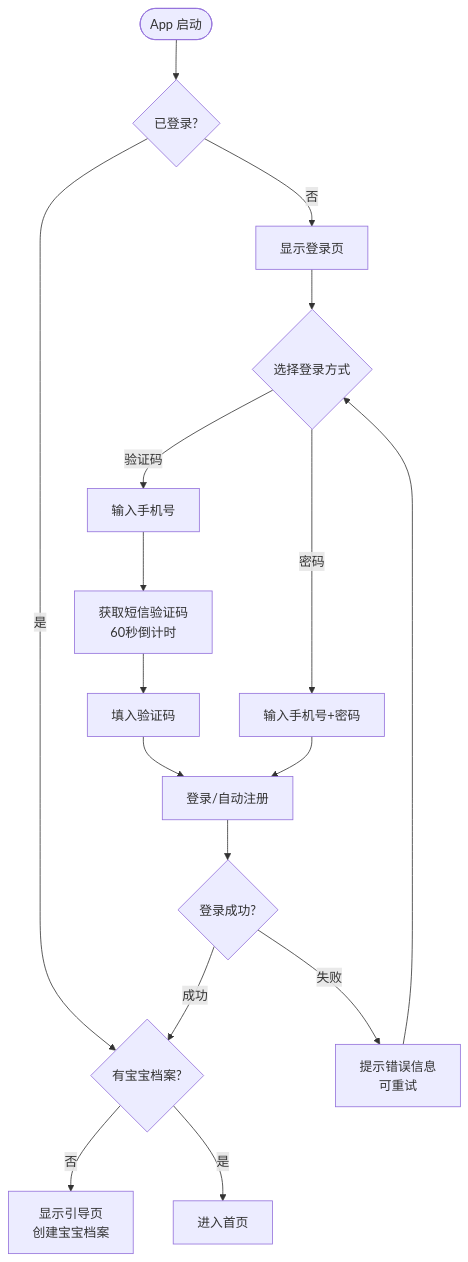
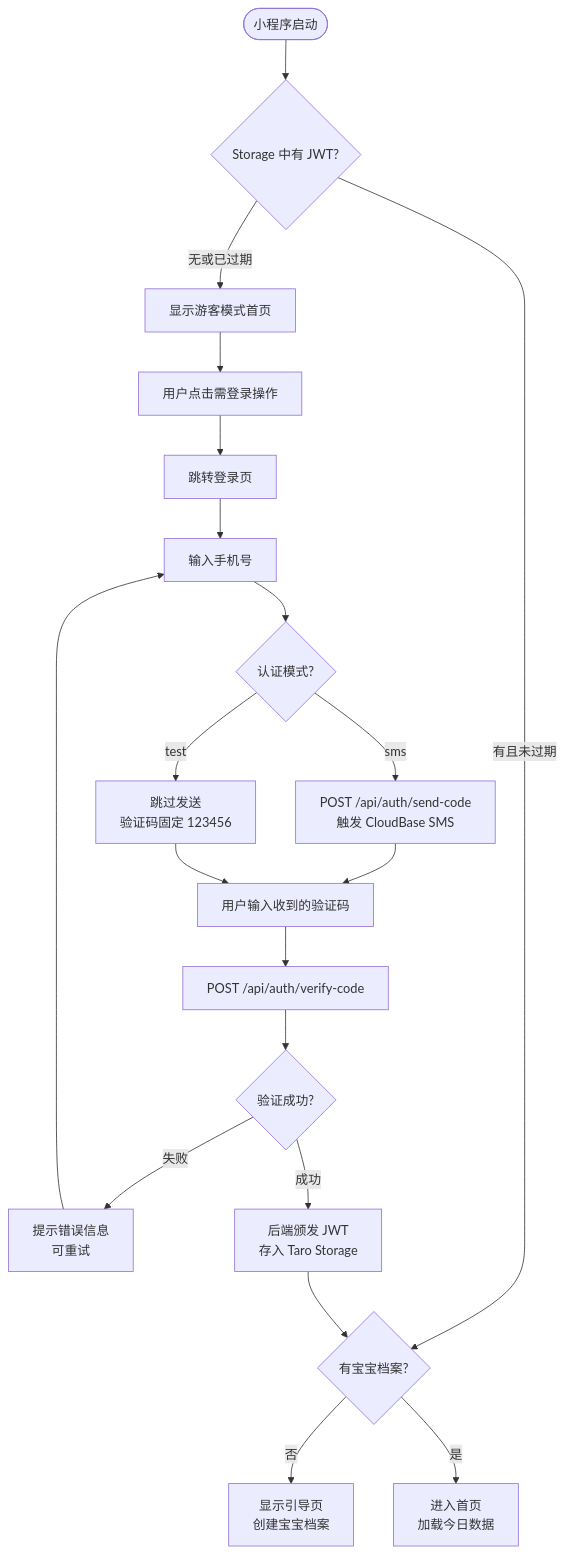
Before and after one commit to BingBlog/minicare: the diagram in docs/features/F01-auth.md, drawn with Mermaid. The commit also changed other lines of this file and 17 other files, not shown here.

````diff
--- a/docs/features/F01-auth.md
+++ b/docs/features/F01-auth.md
@@ -46,19 +33,22 @@
 ```mermaid
 flowchart TD
-    A([App 启动]) --> B{已登录?}
-    B -- 是 --> C{有宝宝档案?}
-    B -- 否 --> D[显示登录页]
-    D --> E{选择登录方式}
-    E -- 验证码 --> F[输入手机号]
-    E -- 密码 --> G[输入手机号+密码]
-    F --> H[获取短信验证码\n60秒倒计时]
-    H --> I[填入验证码]
-    I --> J[登录/自动注册]
-    G --> J
-    J --> K{登录成功?}
-    K -- 失败 --> L[提示错误信息\n可重试]
-    L --> E
-    K -- 成功 --> C
-    C -- 否 --> M[显示引导页\n创建宝宝档案]
-    C -- 是 --> N[进入首页]
+    A([小程序启动]) --> B{Storage 中有 JWT?}
+    B -- 有且未过期 --> C{有宝宝档案?}
+    B -- 无或已过期 --> D[显示游客模式首页]
+    D --> E[用户点击需登录操作]
+    E --> F[跳转登录页]
+    F --> G[输入手机号]
+    G --> H{认证模式?}
+    H -- sms --> I[POST /api/auth/send-code<br/>触发 CloudBase SMS]
+    H -- test --> J[跳过发送<br/>验证码固定 123456]
+    I --> K[用户输入收到的验证码]
+    J --> K
+    K --> L[POST /api/auth/verify-code]
+    L --> M{验证成功?}
+    M -- 失败 --> N[提示错误信息<br/>可重试]
+    N --> G
+    M -- 成功 --> O[后端颁发 JWT<br/>存入 Taro Storage]
+    O --> C
+    C -- 否 --> P[显示引导页<br/>创建宝宝档案]
+    C -- 是 --> Q[进入首页<br/>加载今日数据]
 ```
````
